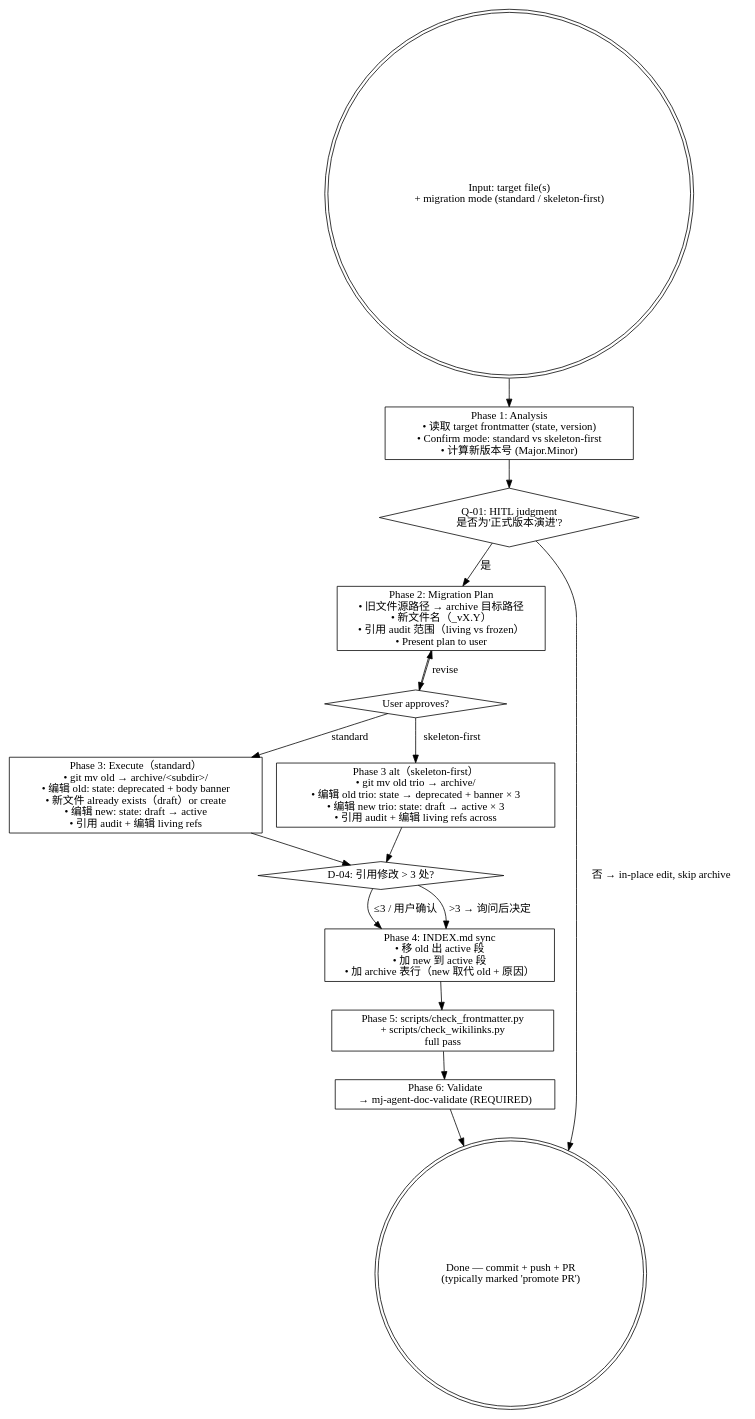
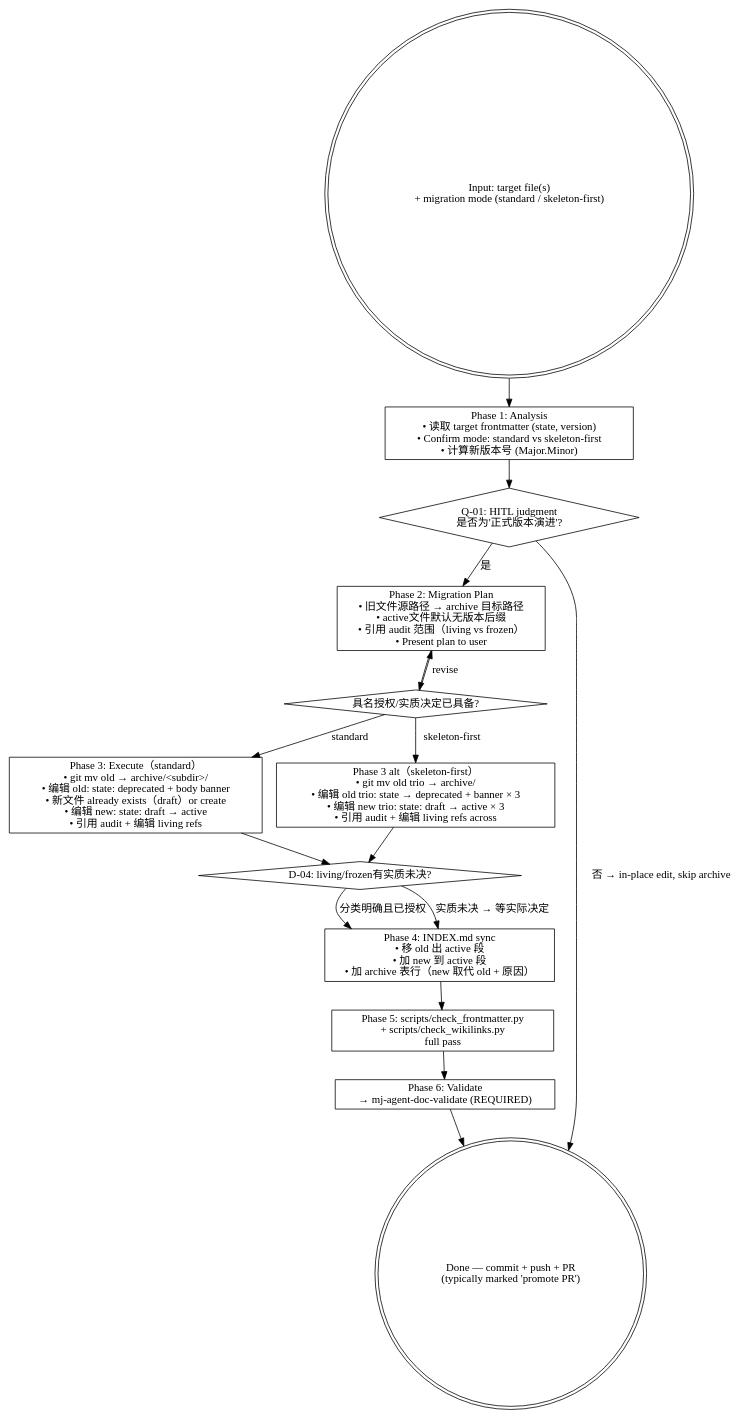
Before and after one commit to MJ-AgentLab/mj-agent: the diagram in .agents/skills/mj-agent-doc-migrate/SKILL.md, drawn with Graphviz. The commit also changed other lines of this file and 23 other files, not shown here.

````diff
--- a/.agents/skills/mj-agent-doc-migrate/SKILL.md
+++ b/.agents/skills/mj-agent-doc-migrate/SKILL.md
@@ -65,41 +73,41 @@
 ```dot
 digraph migrate {
   rankdir=TB;
   input [label="Input: target file(s)\n+ migration mode (standard / skeleton-first)" shape=doublecircle];
 
   p1 [label="Phase 1: Analysis\n• 读取 target frontmatter (state, version)\n• Confirm mode: standard vs skeleton-first\n• 计算新版本号 (Major.Minor)" shape=box];
 
   q01 [label="Q-01: HITL judgment\n是否为'正式版本演进'?" shape=diamond];
 
-  p2 [label="Phase 2: Migration Plan\n• 旧文件源路径 → archive 目标路径\n• 新文件名（_vX.Y）\n• 引用 audit 范围（living vs frozen）\n• Present plan to user" shape=box];
+  p2 [label="Phase 2: Migration Plan\n• 旧文件源路径 → archive 目标路径\n• active文件默认无版本后缀\n• 引用 audit 范围（living vs frozen）\n• Present plan to user" shape=box];
 
-  approve [label="User approves?" shape=diamond];
+  approve [label="具名授权/实质决定已具备?" shape=diamond];
 
   p3 [label="Phase 3: Execute（standard）\n• git mv old → archive/<subdir>/\n• 编辑 old: state: deprecated + body banner\n• 新文件 already exists（draft）or create\n• 编辑 new: state: draft → active\n• 引用 audit + 编辑 living refs" shape=box];
 
   p3s [label="Phase 3 alt（skeleton-first）\n• git mv old trio → archive/\n• 编辑 old trio: state → deprecated + banner × 3\n• 编辑 new trio: state: draft → active × 3\n• 引用 audit + 编辑 living refs across" shape=box];
 
-  d04 [label="D-04: 引用修改 > 3 处?" shape=diamond];
+  d04 [label="D-04: living/frozen有实质未决?" shape=diamond];
 
   p4 [label="Phase 4: INDEX.md sync\n• 移 old 出 active 段\n• 加 new 到 active 段\n• 加 archive 表行（new 取代 old + 原因）" shape=box];
 
   p5 [label="Phase 5: scripts/check_frontmatter.py\n+ scripts/check_wikilinks.py\nfull pass" shape=box];
 
   p6 [label="Phase 6: Validate\n→ mj-agent-doc-validate (REQUIRED)" shape=box];
 
   done [label="Done — commit + push + PR\n(typically marked 'promote PR')" shape=doublecircle];
 
   input -> p1 -> q01;
   q01 -> p2 [label="是"];
   q01 -> done [label="否 → in-place edit, skip archive"];
   p2 -> approve;
   approve -> p3 [label="standard"];
   approve -> p3s [label="skeleton-first"];
   approve -> p2 [label="revise"];
   p3 -> d04;
   p3s -> d04;
-  d04 -> p4 [label="≤3 / 用户确认"];
-  d04 -> p4 [label=">3 → 询问后决定"];
+  d04 -> p4 [label="分类明确且已授权"];
+  d04 -> p4 [label="实质未决 → 等实际决定"];
   p4 -> p5 -> p6 -> done;
 }
 ```
````
